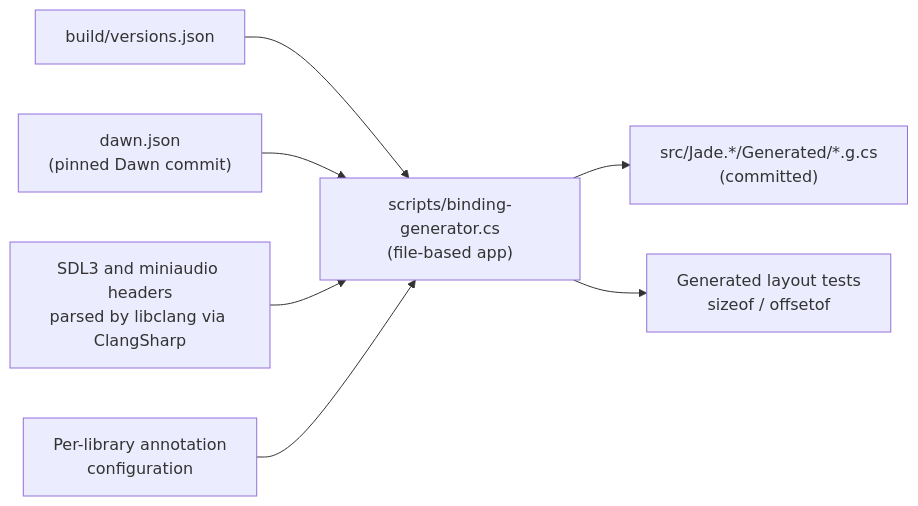
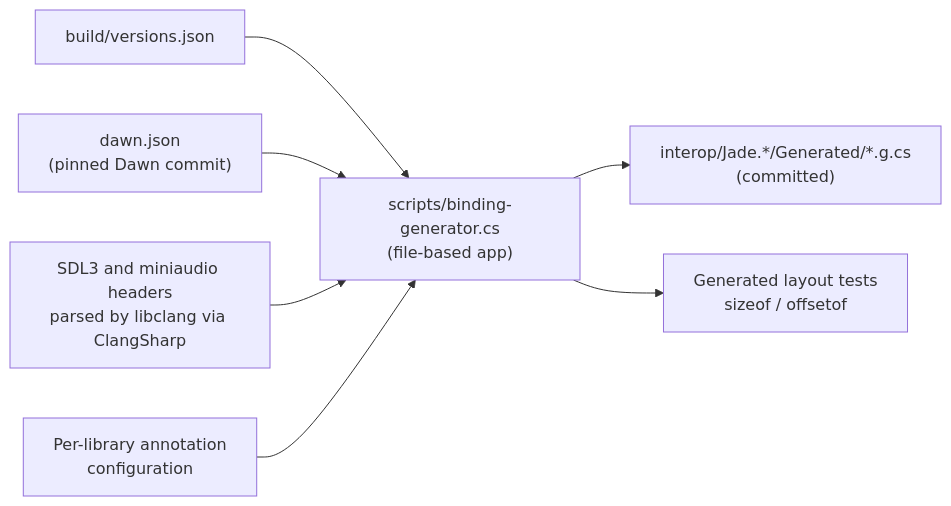
The second of 3 diagrams in docs/architecture.md (AerafalDev/Jade), drawn with Mermaid before and after one commit. The commit also changed other lines of this file and 21 other files, not shown here.

````diff
--- a/docs/architecture.md
+++ b/docs/architecture.md
@@ -69,9 +69,9 @@
 ```mermaid
 flowchart LR
     versions["build/versions.json"] --> gen
     dawn["dawn.json<br/>(pinned Dawn commit)"] --> gen
     headers["SDL3 and miniaudio headers<br/>parsed by libclang via ClangSharp"] --> gen
     config["Per-library annotation<br/>configuration"] --> gen
-    gen["scripts/binding-generator.cs<br/>(file-based app)"] --> out["src/Jade.*/Generated/*.g.cs<br/>(committed)"]
+    gen["scripts/binding-generator.cs<br/>(file-based app)"] --> out["interop/Jade.*/Generated/*.g.cs<br/>(committed)"]
     gen --> layout["Generated layout tests<br/>sizeof / offsetof"]
 ```
````
